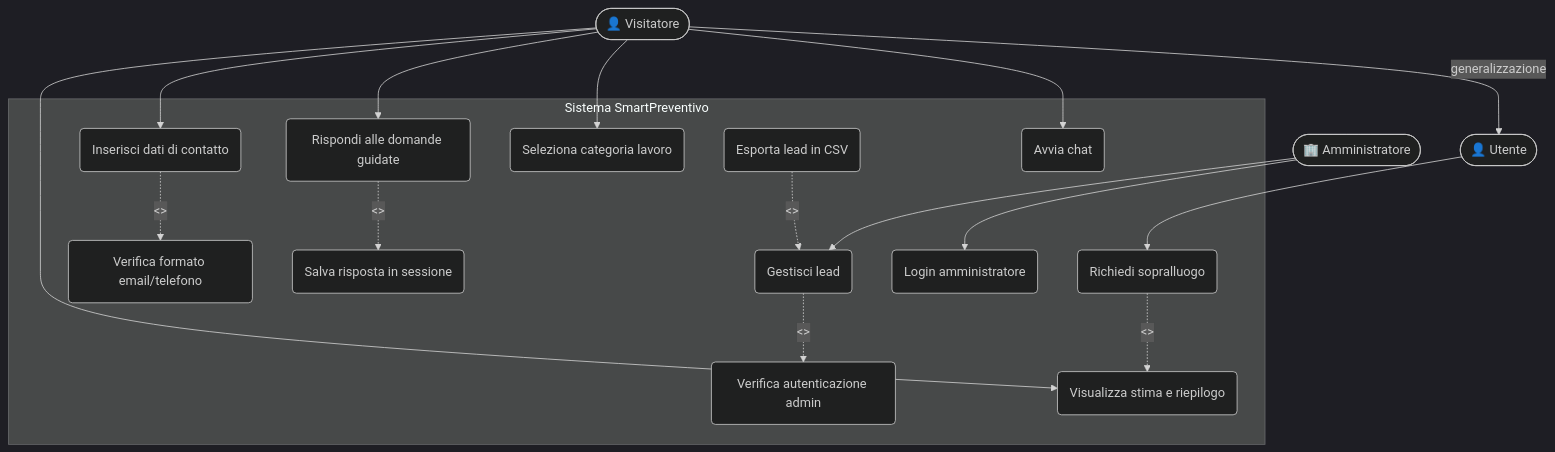
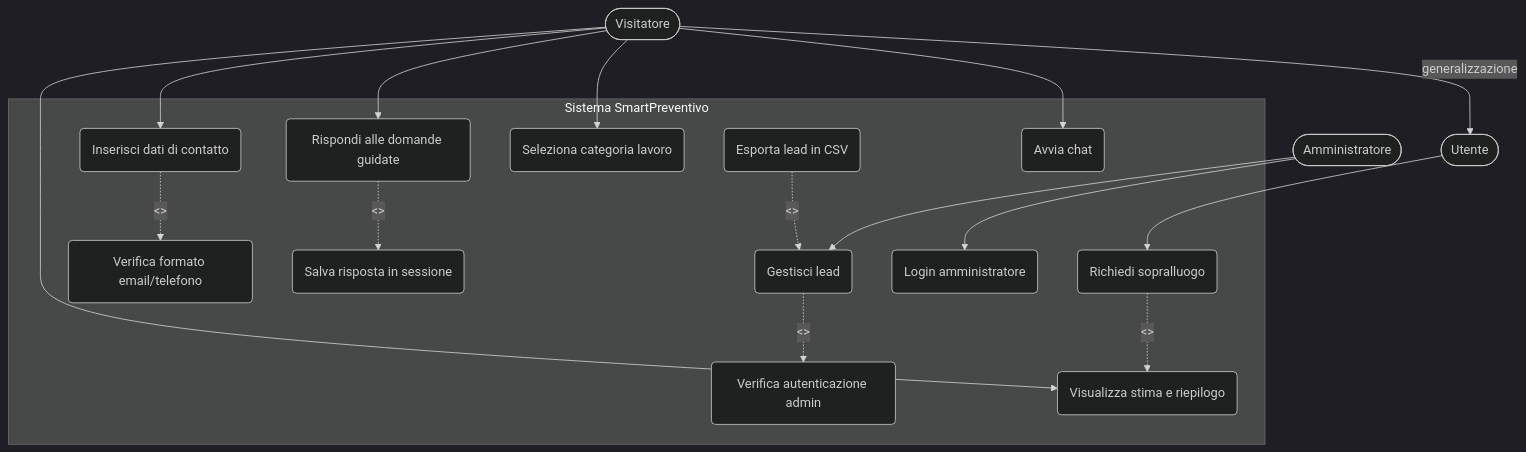
One commit to MarcoClementi/Progetto_Fine_Anno25-26 changed the first of 2 diagrams in SmartPreventivo – Documento dei Requisiti(V3).md. Above: the diagram before and after it, drawn with Mermaid (dark theme).

Commit message:
Fix formatting of actor definitions in requirements document

````diff
--- a/SmartPreventivo – Documento dei Requisiti(V3).md
+++ b/SmartPreventivo – Documento dei Requisiti(V3).md
@@ -160,49 +160,49 @@
 ```mermaid
 graph TD
     %% Attori
-    V(["👤 Visitatore"])
-    U(["👤 Utente"])
-    A(["🏢 Amministratore"])
+    V([" Visitatore"])
+    U([" Utente"])
+    A([" Amministratore"])
 
     %% Generalizzazione tra attori: Utente è specializzazione di Visitatore
     V -->|generalizzazione| U
 
     subgraph Sistema SmartPreventivo
         UC1("Avvia chat")
         UC2("Seleziona categoria lavoro")
         UC3("Rispondi alle domande guidate")
         UC4("Inserisci dati di contatto")
         UC5("Visualizza stima e riepilogo")
         UC6("Richiedi sopralluogo")
         UC7("Login amministratore")
         UC8("Gestisci lead")
         UC9("Esporta lead in CSV")
 
         INC1("Verifica formato email/telefono")
         INC2("Verifica autenticazione admin")
         INC3("Salva risposta in sessione")
     end
 
     %% Associazioni Visitatore
     V --> UC1
     V --> UC2
     V --> UC3
     V --> UC4
     V --> UC5
 
     %% Associazioni Utente (specializzazione di Visitatore)
     U --> UC6
 
     %% Associazioni Amministratore
     A --> UC7
     A --> UC8
 
     %% Relazioni include
     UC4 -.->|"<<include>>"| INC1
     UC8 -.->|"<<include>>"| INC2
     UC3 -.->|"<<include>>"| INC3
 
     %% Relazioni extend
     UC6 -.->|"<<extend>>"| UC5
     UC9 -.->|"<<extend>>"| UC8
 ```
````
